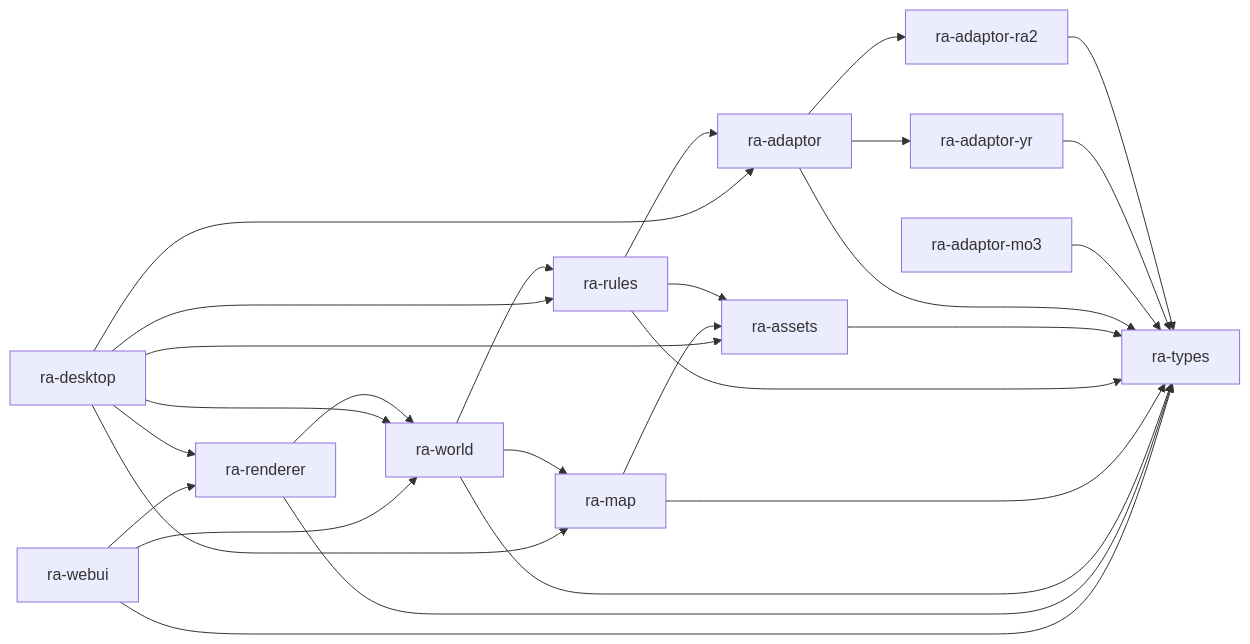
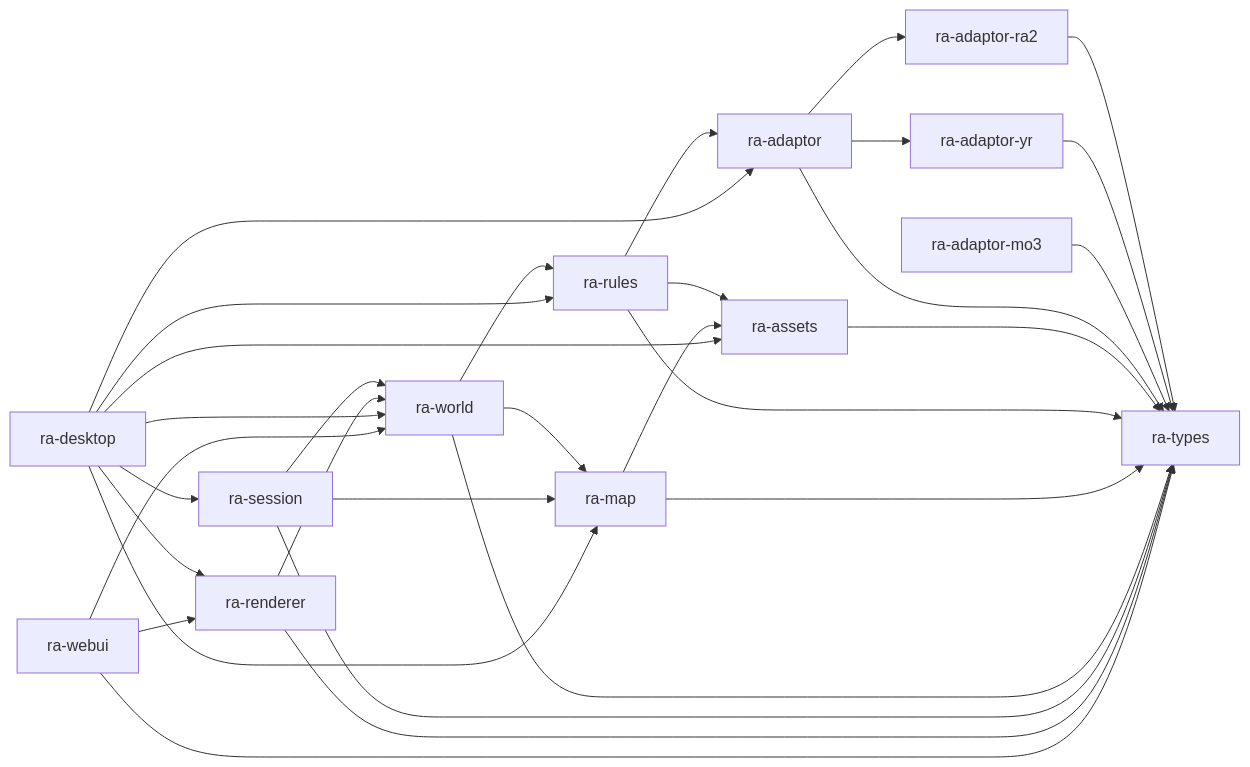
The second of 3 diagrams in readme.md (rust-alert/ra2.exe), drawn with Mermaid before and after one commit. The commit also changed other lines of this file, not shown here.

First line of the commit message:
📝 Document `ra-session` in workspace architecture diagrams

````diff
--- a/readme.md
+++ b/readme.md
@@ -80,41 +83,46 @@
 ```mermaid
 flowchart LR
     types[ra-types]
     ra2a[ra-adaptor-ra2]
     yra[ra-adaptor-yr]
     mo3[ra-adaptor-mo3]
     ad[ra-adaptor]
     as[ra-assets]
     ru[ra-rules]
     mp[ra-map]
     wo[ra-world]
+    se[ra-session]
     re[ra-renderer]
     de[ra-desktop]
     we[ra-webui]
     ra2a --> types
     yra --> types
     mo3 --> types
     ad --> types
     ad --> ra2a
     ad --> yra
     as --> types
     ru --> types
     ru --> ad
     ru --> as
     mp --> types
     mp --> as
     wo --> types
     wo --> ru
     wo --> mp
+    se --> types
+    se --> wo
+    se --> mp
     re --> types
     re --> wo
     de --> ad
     de --> as
     de --> ru
     de --> mp
+    de --> se
     de --> wo
     de --> re
     we --> types
     we --> wo
     we --> re
 ```
````
